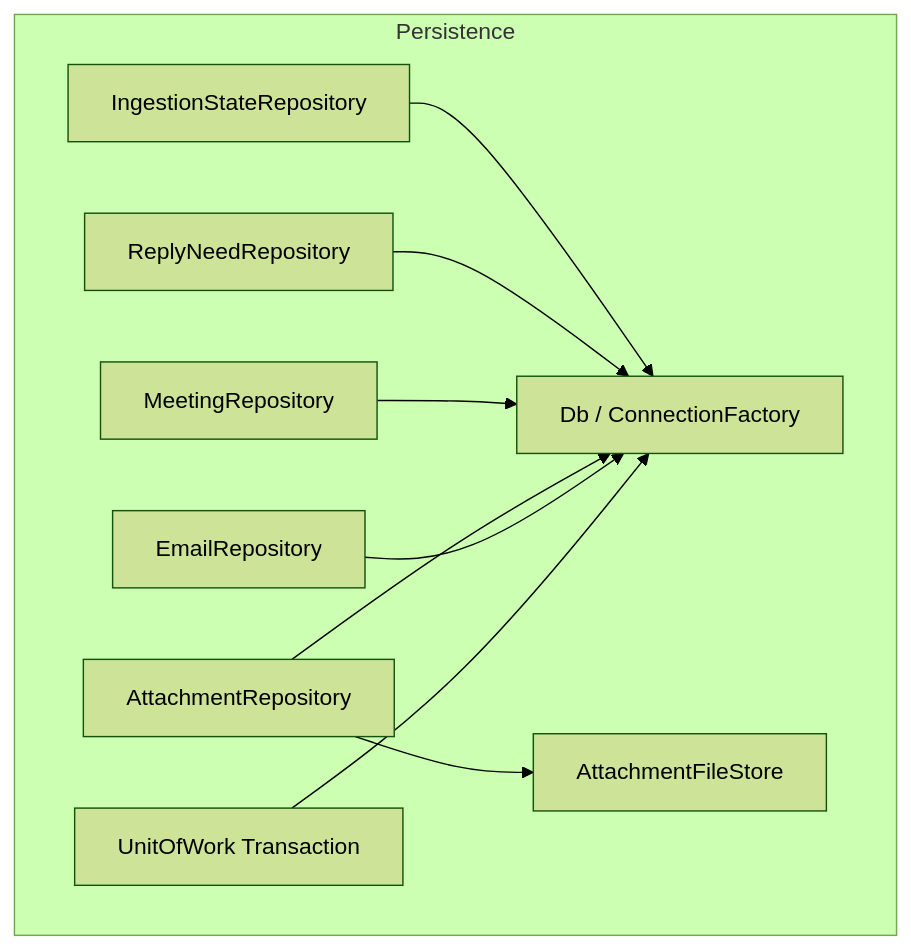
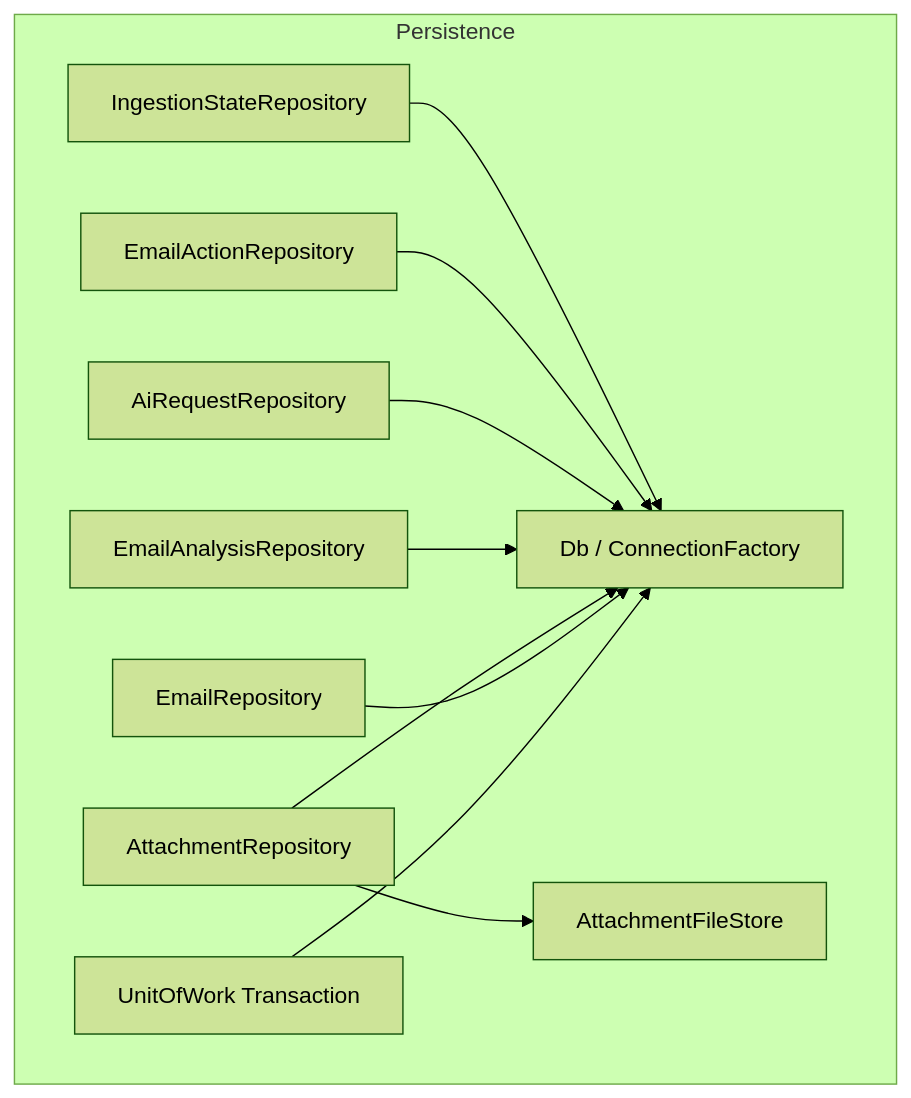
The third of 20 diagrams in backend/backend_specification_Modules.md (XunSong02/OutlookPlus), drawn with Mermaid (forest theme) before and after one commit. The commit also changed other lines of this file and 159 other files, not shown here.

````diff
--- a/backend/backend_specification_Modules.md
+++ b/backend/backend_specification_Modules.md
@@ -162,20 +171,22 @@
 ```mermaid
 flowchart TB
 	subgraph Persistence
 		Db[Db / ConnectionFactory]
 		UoW[UnitOfWork Transaction]
 		EmailRepo[EmailRepository]
 		AttRepo[AttachmentRepository]
-		MeetRepo[MeetingRepository]
-		RNRepo[ReplyNeedRepository]
+		AiRepo[EmailAnalysisRepository]
+		ReqRepo[AiRequestRepository]
+		ActRepo[EmailActionRepository]
 		ISRepo[IngestionStateRepository]
 		Files[AttachmentFileStore]
 	end
 	UoW --> Db
 	EmailRepo --> Db
 	AttRepo --> Db
-	MeetRepo --> Db
-	RNRepo --> Db
+	AiRepo --> Db
+	ReqRepo --> Db
+	ActRepo --> Db
 	ISRepo --> Db
 	AttRepo --> Files
 ```
````
